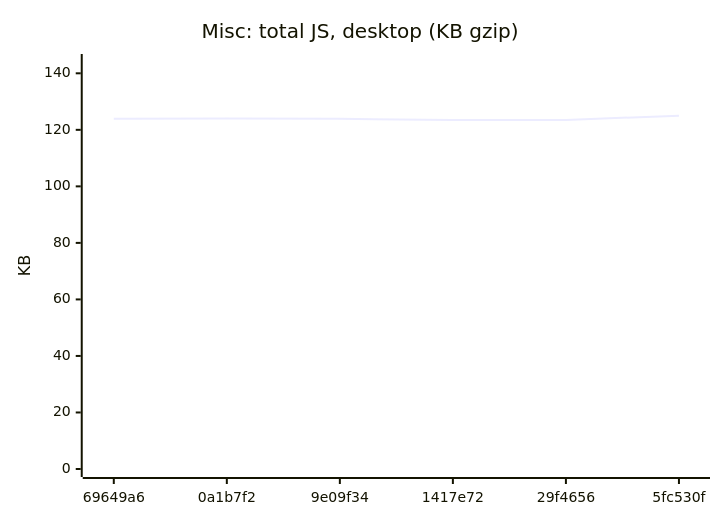
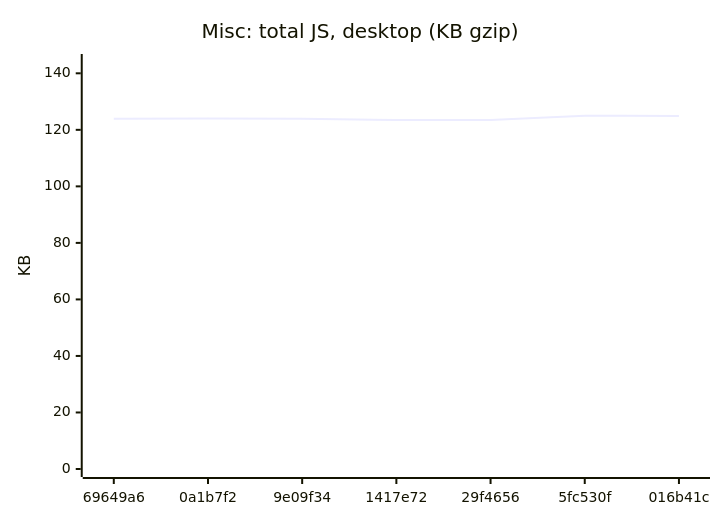
One commit to AxelUser/maltsev.space changed the seventh of 18 diagrams in README.md. Above: the diagram before and after it, drawn with Mermaid. The commit also changed other lines of this file and 1 other file, not shown here.

````diff
--- a/README.md
+++ b/README.md
@@ -89,7 +89,7 @@
 ```mermaid
 xychart-beta
   title "Misc: total JS, desktop (KB gzip)"
-  x-axis ["69649a6", "0a1b7f2", "9e09f34", "1417e72", "29f4656", "5fc530f"]
+  x-axis ["69649a6", "0a1b7f2", "9e09f34", "1417e72", "29f4656", "5fc530f", "016b41c"]
   y-axis "KB" 0 --> 144
-  line [123.9, 124, 123.9, 123.5, 123.5, 125]
+  line [123.9, 124, 123.9, 123.5, 123.5, 125, 124.9]
 ```
````
